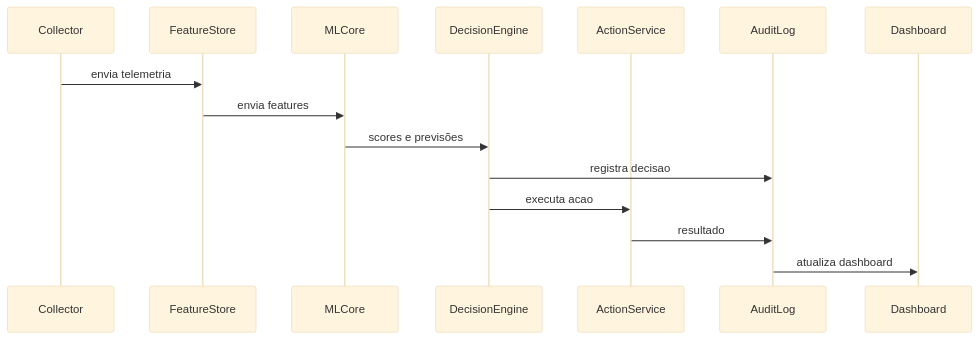
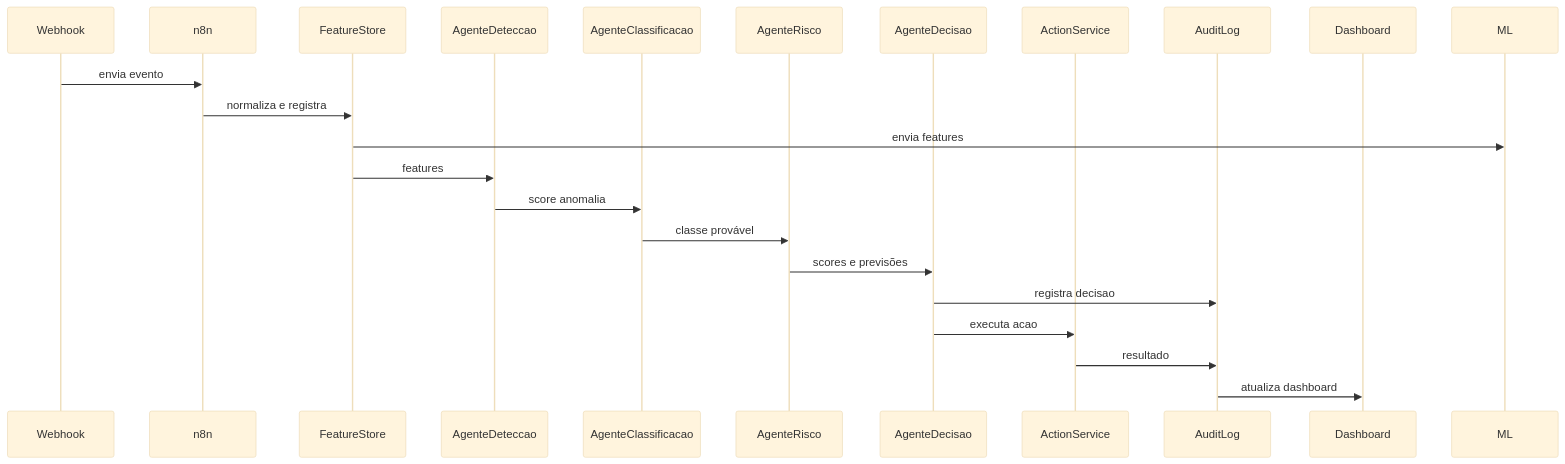
One commit to murylomarques/AI_Network_Guardian changed the fourth of 5 diagrams in README.md. Above: the diagram before and after it, drawn with Mermaid (base theme). The commit also changed other lines of this file, not shown here.

````diff
--- a/README.md
+++ b/README.md
@@ -199,18 +203,25 @@
 ```mermaid
 sequenceDiagram
-  participant COL as Collector
+  participant WH as Webhook
+  participant N8N as n8n
   participant FEAT as FeatureStore
-  participant ML as MLCore
-  participant DEC as DecisionEngine
+  participant DET as AgenteDeteccao
+  participant CLS as AgenteClassificacao
+  participant RSK as AgenteRisco
+  participant DEC as AgenteDecisao
   participant ACT as ActionService
   participant AUD as AuditLog
   participant UI as Dashboard
 
-  COL->>FEAT: envia telemetria
+  WH->>N8N: envia evento
+  N8N->>FEAT: normaliza e registra
   FEAT->>ML: envia features
-  ML->>DEC: scores e previsões
+  FEAT->>DET: features
+  DET->>CLS: score anomalia
+  CLS->>RSK: classe provável
+  RSK->>DEC: scores e previsões
   DEC->>AUD: registra decisao
   DEC->>ACT: executa acao
   ACT->>AUD: resultado
   AUD->>UI: atualiza dashboard
 ```
````
